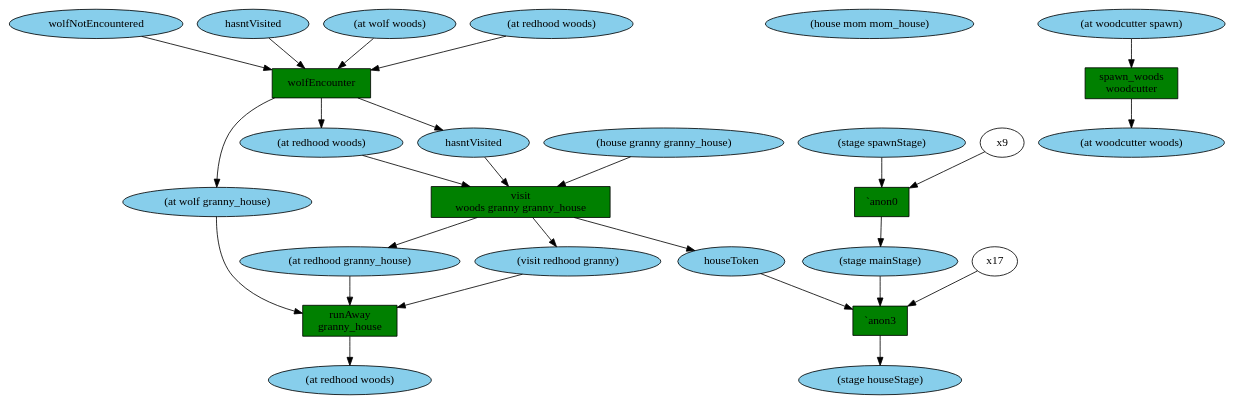
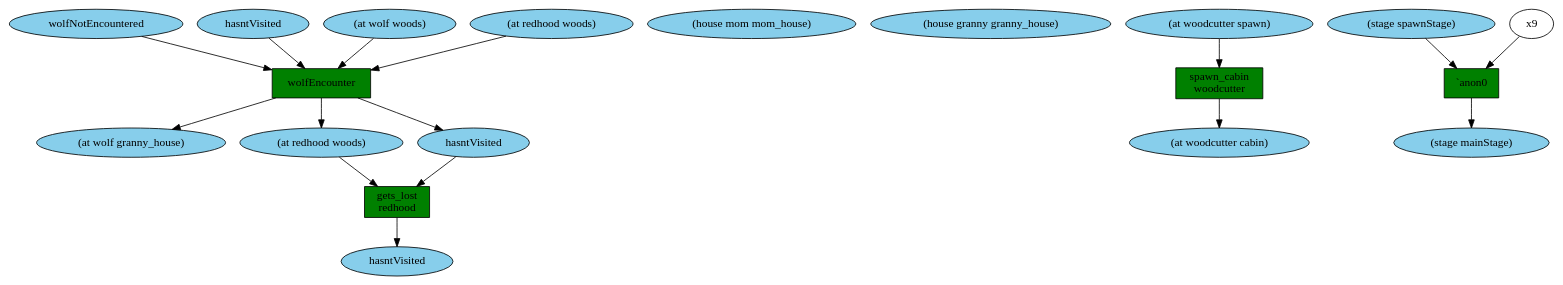
Before and after one commit to JulianDeclercq/Serious-Games-Thesis: the diagram in ThesisApplication/src/Thesis/resources/Ceptre/trace.dot, drawn with Graphviz. The commit also changed 19 other files, not shown here.

```diff
--- a/ThesisApplication/src/Thesis/resources/Ceptre/trace.dot
+++ b/ThesisApplication/src/Thesis/resources/Ceptre/trace.dot
@@ -1,52 +1,35 @@
 digraph {
 x7 [style=filled,fillcolor=skyblue,label="wolfNotEncountered"];
 x6 [style=filled,fillcolor=skyblue,label="hasntVisited"];
 x5 [style=filled,fillcolor=skyblue,label="(house mom mom_house)"];
 x4 [style=filled,fillcolor=skyblue,label="(house granny granny_house)"];
 x3 [style=filled,fillcolor=skyblue,label="(at woodcutter spawn)"];
 x2 [style=filled,fillcolor=skyblue,label="(at wolf woods)"];
 x1 [style=filled,fillcolor=skyblue,label="(at redhood woods)"];
 x0 [style=filled,fillcolor=skyblue,label="(stage spawnStage)"];
-t0 [shape=box,style=filled,fillcolor=green,label="spawn_woods\nwoodcutter"];
-x8 [style=filled,fillcolor=skyblue,label="(at woodcutter woods)"];
+t0 [shape=box,style=filled,fillcolor=green,label="spawn_cabin\nwoodcutter"];
+x8 [style=filled,fillcolor=skyblue,label="(at woodcutter cabin)"];
 x3 -> t0;
 t0 -> x8;
 t1 [shape=box,style=filled,fillcolor=green,label="`anon0\n"];
 x10 [style=filled,fillcolor=skyblue,label="(stage mainStage)"];
 x0 -> t1;
 x9 -> t1;
 t1 -> x10;
 t2 [shape=box,style=filled,fillcolor=green,label="wolfEncounter\n"];
 x13 [style=filled,fillcolor=skyblue,label="(at wolf granny_house)"];
 x12 [style=filled,fillcolor=skyblue,label="(at redhood woods)"];
 x11 [style=filled,fillcolor=skyblue,label="hasntVisited"];
 x6 -> t2;
 x7 -> t2;
 x2 -> t2;
 x1 -> t2;
 t2 -> x13;
 t2 -> x12;
 t2 -> x11;
-t3 [shape=box,style=filled,fillcolor=green,label="visit\nwoods granny granny_house"];
-x16 [style=filled,fillcolor=skyblue,label="houseToken"];
-x15 [style=filled,fillcolor=skyblue,label="(at redhood granny_house)"];
-x14 [style=filled,fillcolor=skyblue,label="(visit redhood granny)"];
+t3 [shape=box,style=filled,fillcolor=green,label="gets_lost\nredhood"];
+x14 [style=filled,fillcolor=skyblue,label="hasntVisited"];
 x11 -> t3;
 x12 -> t3;
-x4 -> t3;
-t3 -> x16;
-t3 -> x15;
 t3 -> x14;
-t4 [shape=box,style=filled,fillcolor=green,label="`anon3\n"];
-x18 [style=filled,fillcolor=skyblue,label="(stage houseStage)"];
-x10 -> t4;
-x17 -> t4;
-x16 -> t4;
-t4 -> x18;
-t5 [shape=box,style=filled,fillcolor=green,label="runAway\ngranny_house"];
-x19 [style=filled,fillcolor=skyblue,label="(at redhood woods)"];
-x14 -> t5;
-x13 -> t5;
-x15 -> t5;
-t5 -> x19;
 }
```
